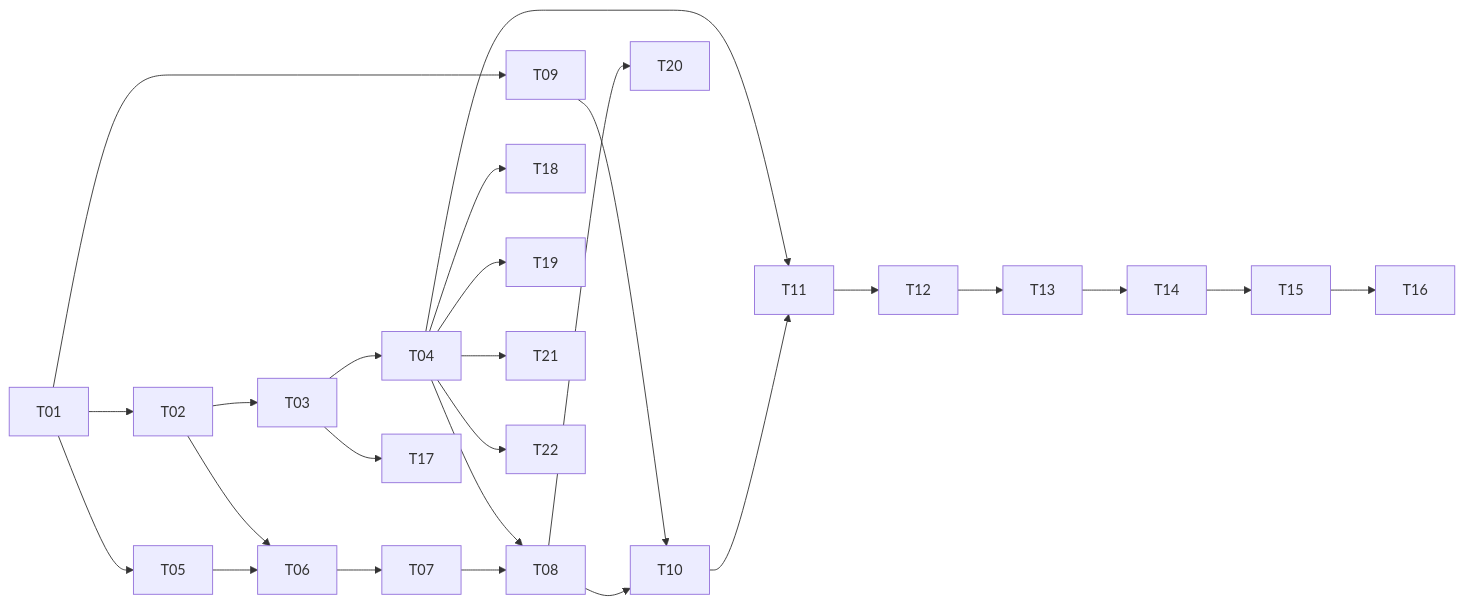
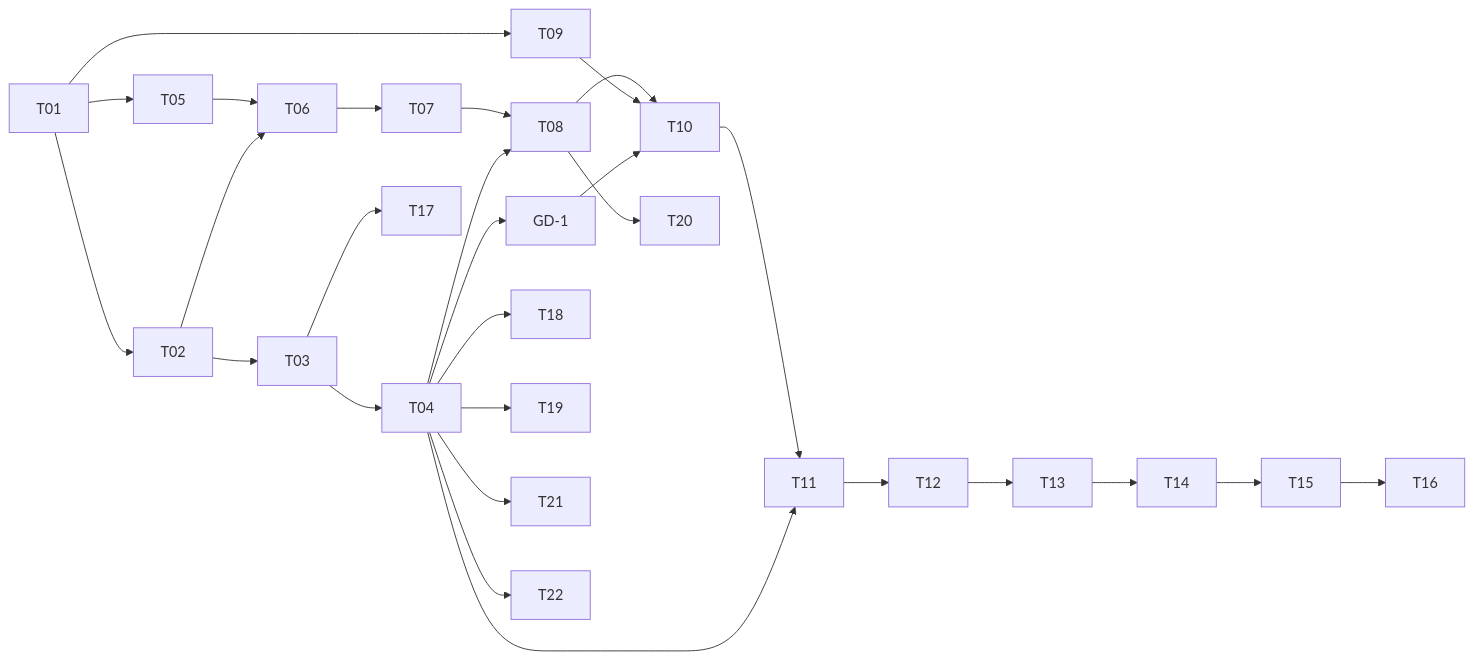
Before and after one commit to Zero-State-LLC/BlackDog: the diagram in specs/001-faustcoder/tasks.md, drawn with Mermaid. The commit also changed other lines of this file and 10 other files, not shown here.

````diff
--- a/specs/001-faustcoder/tasks.md
+++ b/specs/001-faustcoder/tasks.md
@@ -142,17 +195,18 @@
 ```mermaid
 graph LR
     T01 --> T02 --> T03 --> T04
     T01 --> T05 --> T06
     T02 --> T06 --> T07 --> T08
     T04 --> T08
     T01 --> T09
     T08 --> T10
     T09 --> T10 --> T11
+    T04 --> GD1["GD-1"] --> T10
     T04 --> T11 --> T12 --> T13 --> T14 --> T15 --> T16
     T03 --> T17
     T04 --> T18
     T04 --> T19
     T08 --> T20
     T04 --> T21
     T04 --> T22
 ```
````
